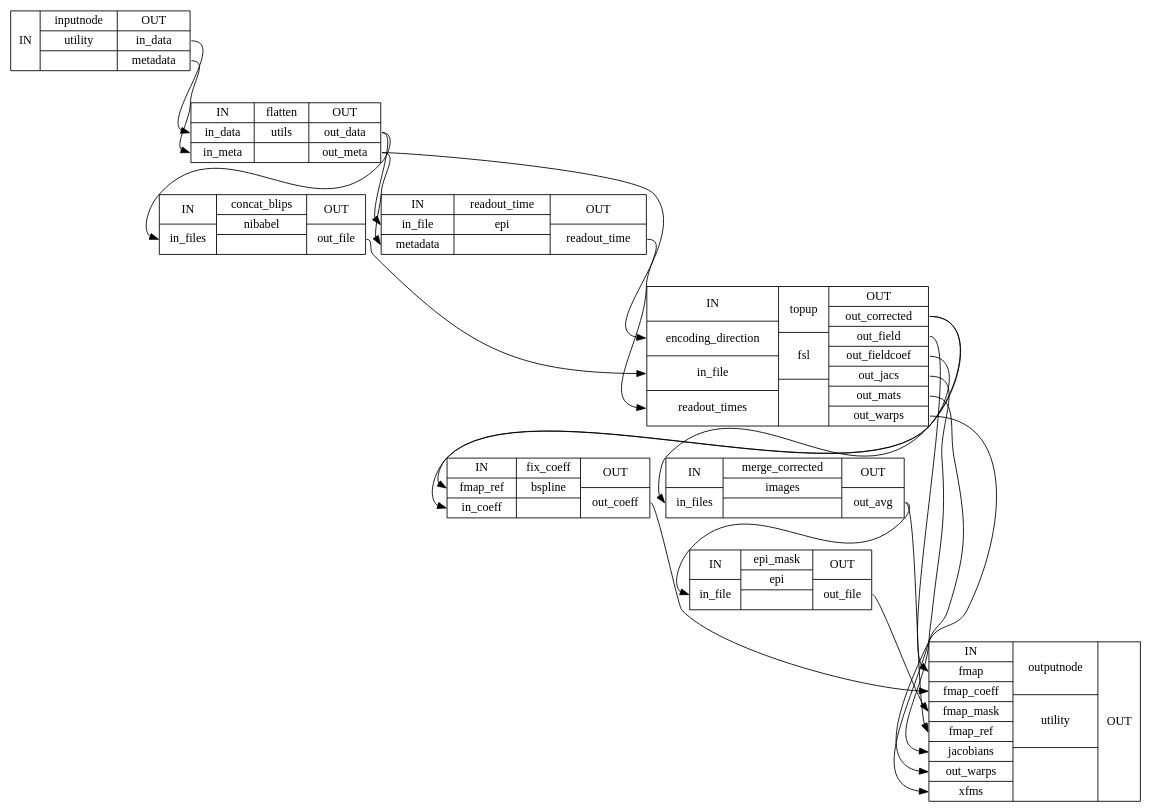
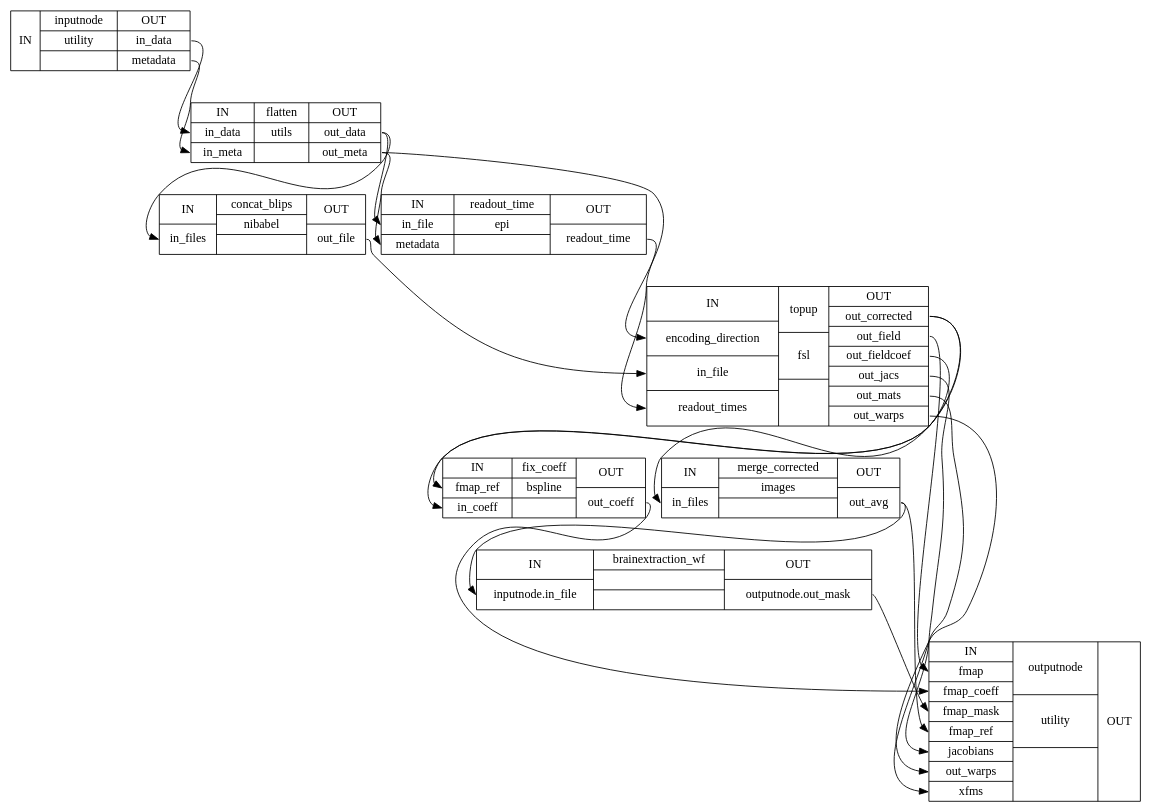
Before and after one commit to wayne009007/sdcflows: the diagram in 2.0.0rc5/wf_directive/api/pepolar_estimate_wf/sdcflows-workflows-fit-pepolar-2_detailed.dot, drawn with Graphviz. The commit also changed 3168 other files, not shown here.

```diff
--- a/2.0.0rc5/wf_directive/api/pepolar_estimate_wf/sdcflows-workflows-fit-pepolar-2_detailed.dot
+++ b/2.0.0rc5/wf_directive/api/pepolar_estimate_wf/sdcflows-workflows-fit-pepolar-2_detailed.dot
@@ -1,31 +1,31 @@
 digraph structs {
 node [shape=record];
 pepolar_estimate_wfinputnode [label="{IN}|{ inputnode | utility |  }|{OUT|<outindata> in_data|<outmetadata> metadata}"];
 pepolar_estimate_wfflatten [label="{IN|<inindata> in_data|<ininmeta> in_meta}|{ flatten | utils |  }|{OUT|<outoutdata> out_data|<outoutmeta> out_meta}"];
 pepolar_estimate_wfconcat_blips [label="{IN|<ininfiles> in_files}|{ concat_blips | nibabel |  }|{OUT|<outoutfile> out_file}"];
 pepolar_estimate_wfreadout_time [label="{IN|<ininfile> in_file|<inmetadata> metadata}|{ readout_time | epi |  }|{OUT|<outreadouttime> readout_time}"];
 pepolar_estimate_wftopup [label="{IN|<inencodingdirection> encoding_direction|<ininfile> in_file|<inreadouttimes> readout_times}|{ topup | fsl |  }|{OUT|<outoutcorrected> out_corrected|<outoutfield> out_field|<outoutfieldcoef> out_fieldcoef|<outoutjacs> out_jacs|<outoutmats> out_mats|<outoutwarps> out_warps}"];
 pepolar_estimate_wffix_coeff [label="{IN|<infmapref> fmap_ref|<inincoeff> in_coeff}|{ fix_coeff | bspline |  }|{OUT|<outoutcoeff> out_coeff}"];
 pepolar_estimate_wfmerge_corrected [label="{IN|<ininfiles> in_files}|{ merge_corrected | images |  }|{OUT|<outoutavg> out_avg}"];
-pepolar_estimate_wfepi_mask [label="{IN|<ininfile> in_file}|{ epi_mask | epi |  }|{OUT|<outoutfile> out_file}"];
+pepolar_estimate_wfbrainextraction_wf [label="{IN|<ininputnodeinfile> inputnode.in_file}|{ brainextraction_wf |  |  }|{OUT|<outoutputnodeoutmask> outputnode.out_mask}"];
 pepolar_estimate_wfoutputnode [label="{IN|<infmap> fmap|<infmapcoeff> fmap_coeff|<infmapmask> fmap_mask|<infmapref> fmap_ref|<injacobians> jacobians|<inoutwarps> out_warps|<inxfms> xfms}|{ outputnode | utility |  }|{OUT}"];
+pepolar_estimate_wfbrainextraction_wf:outoutputnodeoutmask:e -> pepolar_estimate_wfoutputnode:infmapmask:w;
 pepolar_estimate_wfconcat_blips:outoutfile:e -> pepolar_estimate_wftopup:ininfile:w;
-pepolar_estimate_wfepi_mask:outoutfile:e -> pepolar_estimate_wfoutputnode:infmapmask:w;
 pepolar_estimate_wffix_coeff:outoutcoeff:e -> pepolar_estimate_wfoutputnode:infmapcoeff:w;
 pepolar_estimate_wfflatten:outoutdata:e -> pepolar_estimate_wfconcat_blips:ininfiles:w;
 pepolar_estimate_wfflatten:outoutdata:e -> pepolar_estimate_wfreadout_time:ininfile:w;
 pepolar_estimate_wfflatten:outoutmeta:e -> pepolar_estimate_wfreadout_time:inmetadata:w;
 pepolar_estimate_wfflatten:outoutmeta:e -> pepolar_estimate_wftopup:inencodingdirection:w;
 pepolar_estimate_wfinputnode:outindata:e -> pepolar_estimate_wfflatten:inindata:w;
 pepolar_estimate_wfinputnode:outmetadata:e -> pepolar_estimate_wfflatten:ininmeta:w;
-pepolar_estimate_wfmerge_corrected:outoutavg:e -> pepolar_estimate_wfepi_mask:ininfile:w;
+pepolar_estimate_wfmerge_corrected:outoutavg:e -> pepolar_estimate_wfbrainextraction_wf:ininputnodeinfile:w;
 pepolar_estimate_wfmerge_corrected:outoutavg:e -> pepolar_estimate_wfoutputnode:infmapref:w;
 pepolar_estimate_wfreadout_time:outreadouttime:e -> pepolar_estimate_wftopup:inreadouttimes:w;
 pepolar_estimate_wftopup:outoutcorrected:e -> pepolar_estimate_wffix_coeff:infmapref:w;
 pepolar_estimate_wftopup:outoutcorrected:e -> pepolar_estimate_wfmerge_corrected:ininfiles:w;
 pepolar_estimate_wftopup:outoutfield:e -> pepolar_estimate_wfoutputnode:infmap:w;
 pepolar_estimate_wftopup:outoutfieldcoef:e -> pepolar_estimate_wffix_coeff:inincoeff:w;
 pepolar_estimate_wftopup:outoutjacs:e -> pepolar_estimate_wfoutputnode:injacobians:w;
 pepolar_estimate_wftopup:outoutmats:e -> pepolar_estimate_wfoutputnode:inxfms:w;
 pepolar_estimate_wftopup:outoutwarps:e -> pepolar_estimate_wfoutputnode:inoutwarps:w;
 }
```
